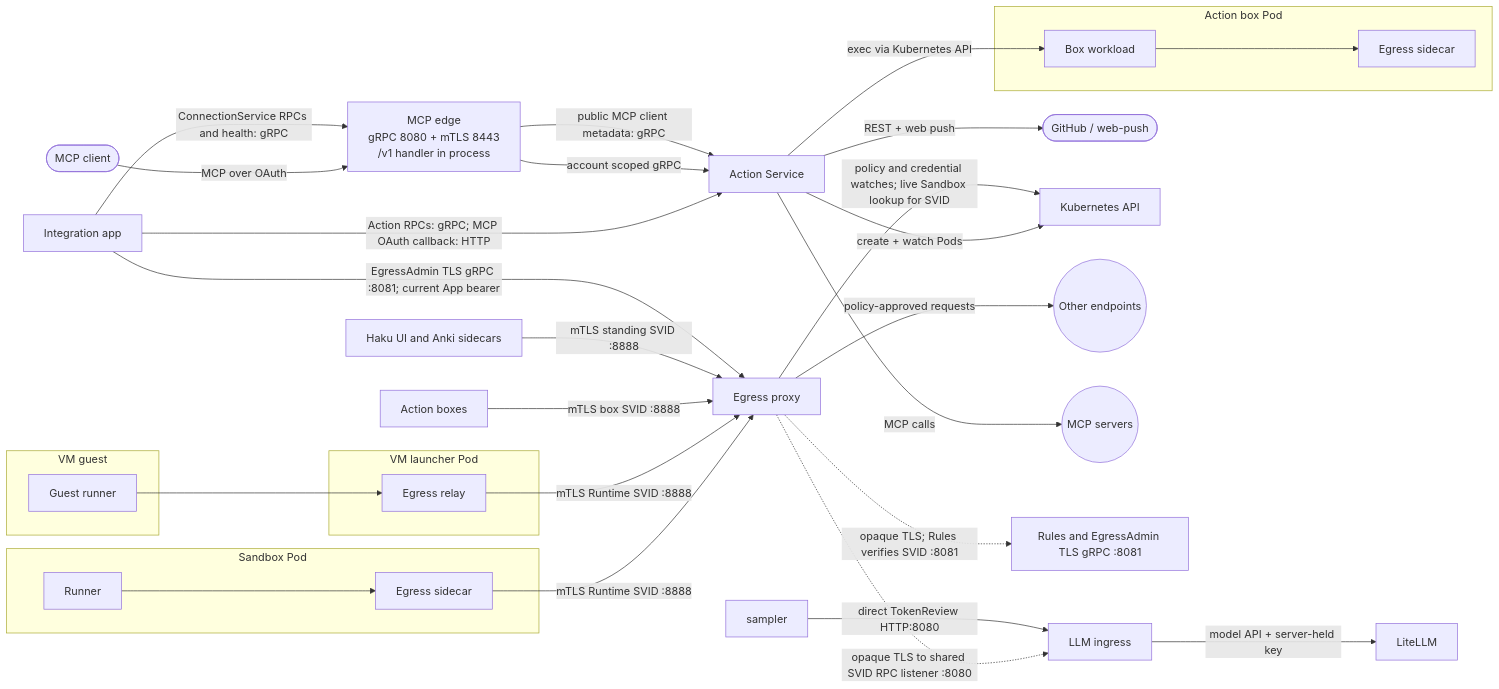
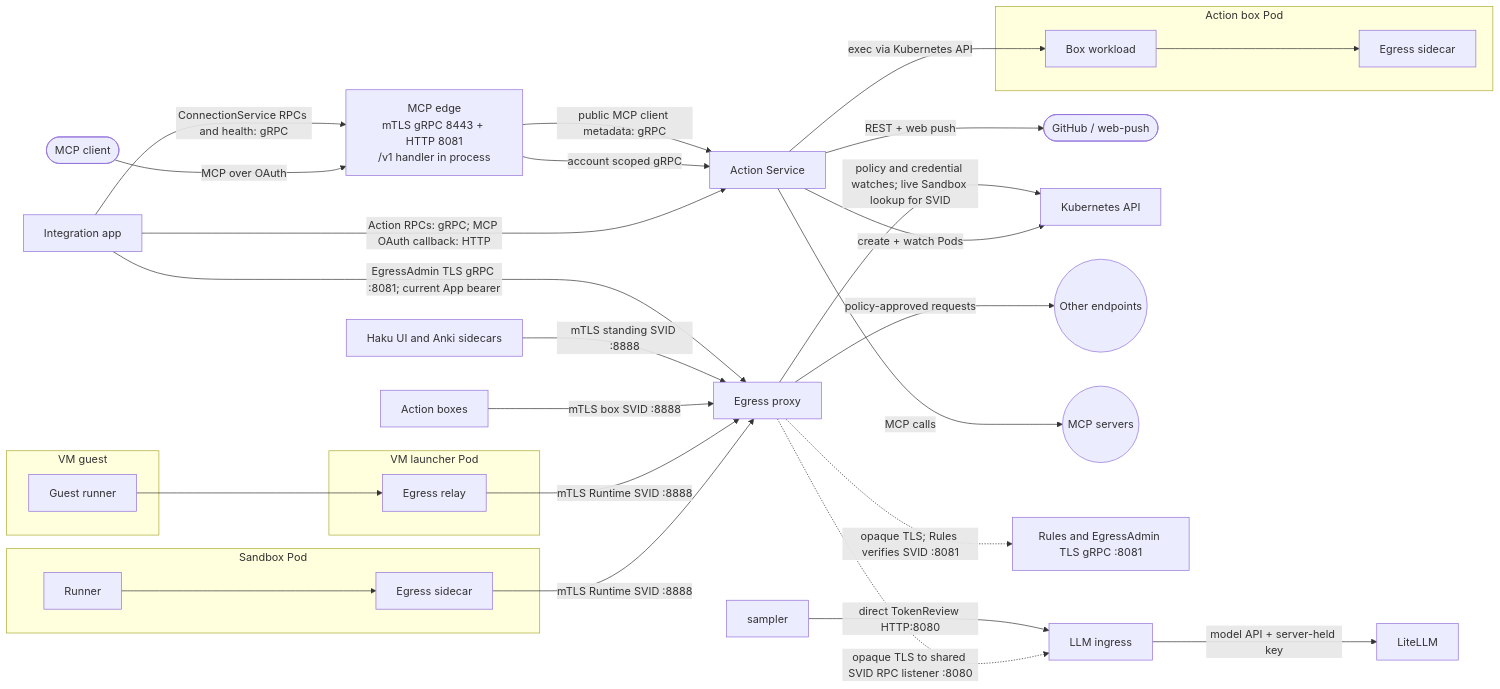
Before and after one commit to agentydragon/ducktape: diagram 12 of 18 in agentplane/docs/system_overview.md, drawn with Mermaid. The commit also changed other lines of this file and 4 other files, not shown here.

Commit message:
agentplane: remove MCP edge plaintext exposure

````diff
--- a/agentplane/docs/system_overview.md
+++ b/agentplane/docs/system_overview.md
@@ -670,50 +670,50 @@
 ```mermaid
 flowchart LR
     mcp_client([MCP client])
     github([GitHub / web-push])
     app[Integration app]
     actions[Action Service]
-    edge["MCP edge<br/>gRPC 8080 + mTLS 8443<br/>/v1 handler in process"]
+    edge["MCP edge<br/>mTLS gRPC 8443 + HTTP 8081<br/>/v1 handler in process"]
     k8s[Kubernetes API]
     subgraph box[Action box Pod]
         workload[Box workload]
         box_sidecar[Egress sidecar]
     end
     subgraph sandbox[Sandbox Pod]
         runner[Runner]
         sidecar[Egress sidecar]
     end
     subgraph vm_guest[VM guest]
         guest[Guest runner]
     end
     subgraph vm_pod[VM launcher Pod]
         relay[Egress relay]
     end
     egress[Egress proxy]
     llm[LLM ingress]
     litellm[LiteLLM]
     other((Other endpoints))
     mcp_servers((MCP servers))
 
     mcp_client -->|MCP over OAuth| edge
     app -->|Action RPCs: gRPC; MCP OAuth callback: HTTP| actions
     app -->|ConnectionService RPCs and health: gRPC| edge
     edge -->|account scoped gRPC| actions
     edge -->|public MCP client metadata: gRPC| actions
     actions -->|create + watch Pods| k8s
     actions -->|exec via Kubernetes API| workload
     workload --> box_sidecar
     runner --> sidecar -->|mTLS Runtime SVID :8888| egress
     guest --> relay -->|mTLS Runtime SVID :8888| egress
     nonSandbox[Action boxes] -->|mTLS box SVID :8888| egress
     standing[Haku UI and Anki sidecars] -->|mTLS standing SVID :8888| egress
     app -->|EgressAdmin TLS gRPC :8081; current App bearer| egress
     egress -->|policy and credential watches; live Sandbox lookup for SVID| k8s
     egress -->|policy-approved requests| other
     egress -.->|opaque TLS; Rules verifies SVID :8081| rules[Rules and EgressAdmin TLS gRPC :8081]
     egress -.->|opaque TLS to shared SVID RPC listener :8080| llm
     sampler -->|direct TokenReview HTTP:8080| llm
     llm -->|model API + server-held key| litellm
     actions -->|MCP calls| mcp_servers
     actions -->|REST + web push| github
 ```
````
